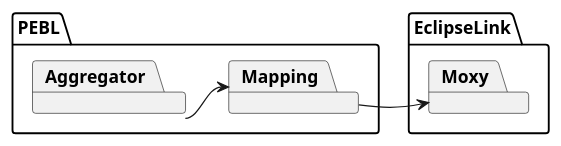
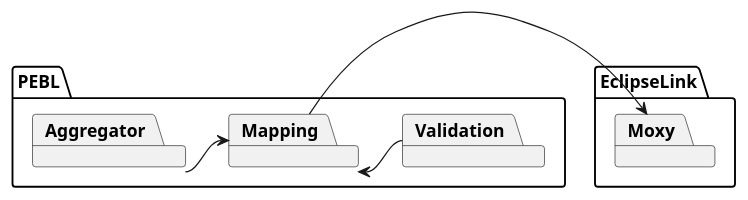
The diagram in pebl/doc/architecture.puml (uniba-dsg/betsy), drawn with PlantUML before and after one commit.

Commit message:
Nicer figures.

```diff
--- a/pebl/doc/architecture.puml
+++ b/pebl/doc/architecture.puml
@@ -1,22 +1,24 @@
 @startuml
 
 package PEBL {
 	package Mapping
 	package Aggregator
+	package Validation
 }
 
 package EclipseLink {
 	package Moxy
 }
 
 Mapping -> Moxy
 
 Aggregator -> Mapping
+Validation -left-> Mapping
 hide empty members
 hide empty methods
 hide circle
 
 skinparam monochrome true
 skinparam shadowing false
 skinparam packageStyle rect
 @enduml
```
